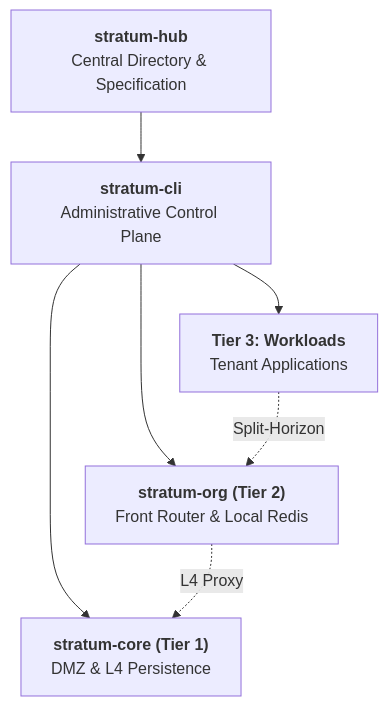
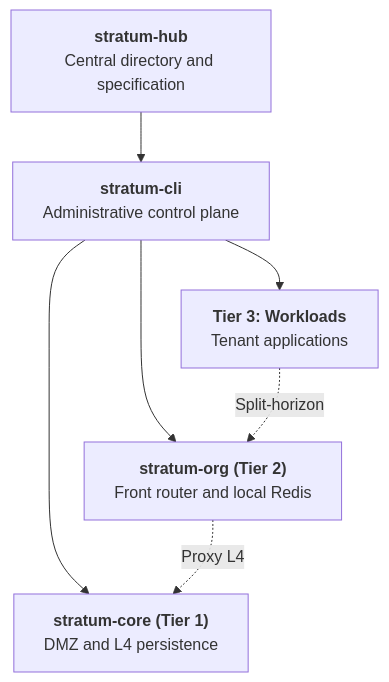
Before and after one commit to isora-cloud-group/stratum-hub: the fourth of 4 diagrams in README.md, drawn with Mermaid. The commit also changed other lines of this file, not shown here.

````diff
--- a/README.md
+++ b/README.md
@@ -200,16 +221,16 @@
 ```mermaid
 flowchart TD
-    HUB["<b>stratum-hub</b><br/>Central Directory & Specification"]
-    CLI["<b>stratum-cli</b><br/>Administrative Control Plane"]
-    CORE["<b>stratum-core (Tier 1)</b><br/>DMZ & L4 Persistence"]
-    ORG["<b>stratum-org (Tier 2)</b><br/>Front Router & Local Redis"]
-    T3["<b>Tier 3: Workloads</b><br/>Tenant Applications"]
-    
+    HUB["<b>stratum-hub</b><br/>Central directory and specification"]
+    CLI["<b>stratum-cli</b><br/>Administrative control plane"]
+    CORE["<b>stratum-core (Tier 1)</b><br/>DMZ and L4 persistence"]
+    ORG["<b>stratum-org (Tier 2)</b><br/>Front router and local Redis"]
+    T3["<b>Tier 3: Workloads</b><br/>Tenant applications"]
+
     HUB --> CLI
     CLI --> CORE
     CLI --> ORG
     CLI --> T3
-    
-    T3 -.->|"Split-Horizon"| ORG
-    ORG -.->|"L4 Proxy"| CORE
+
+    T3 -.->|"Split-horizon"| ORG
+    ORG -.->|"Proxy L4"| CORE
 ```
````
